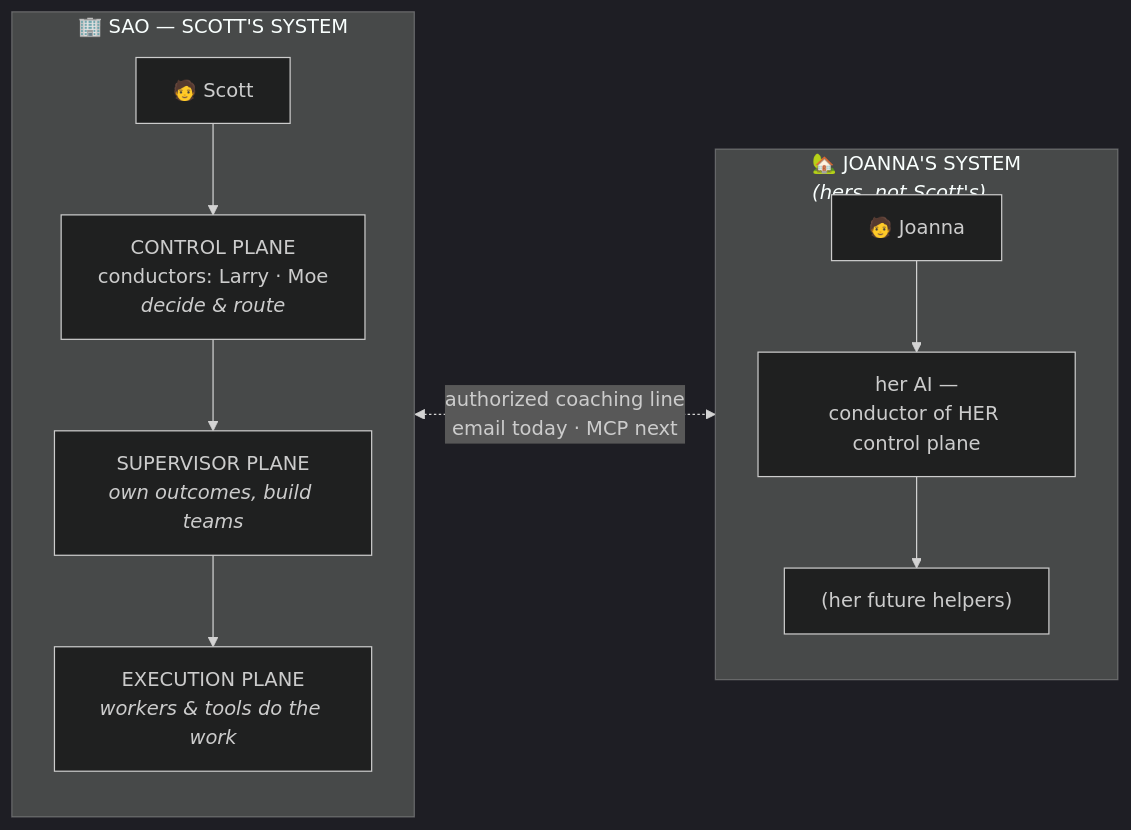
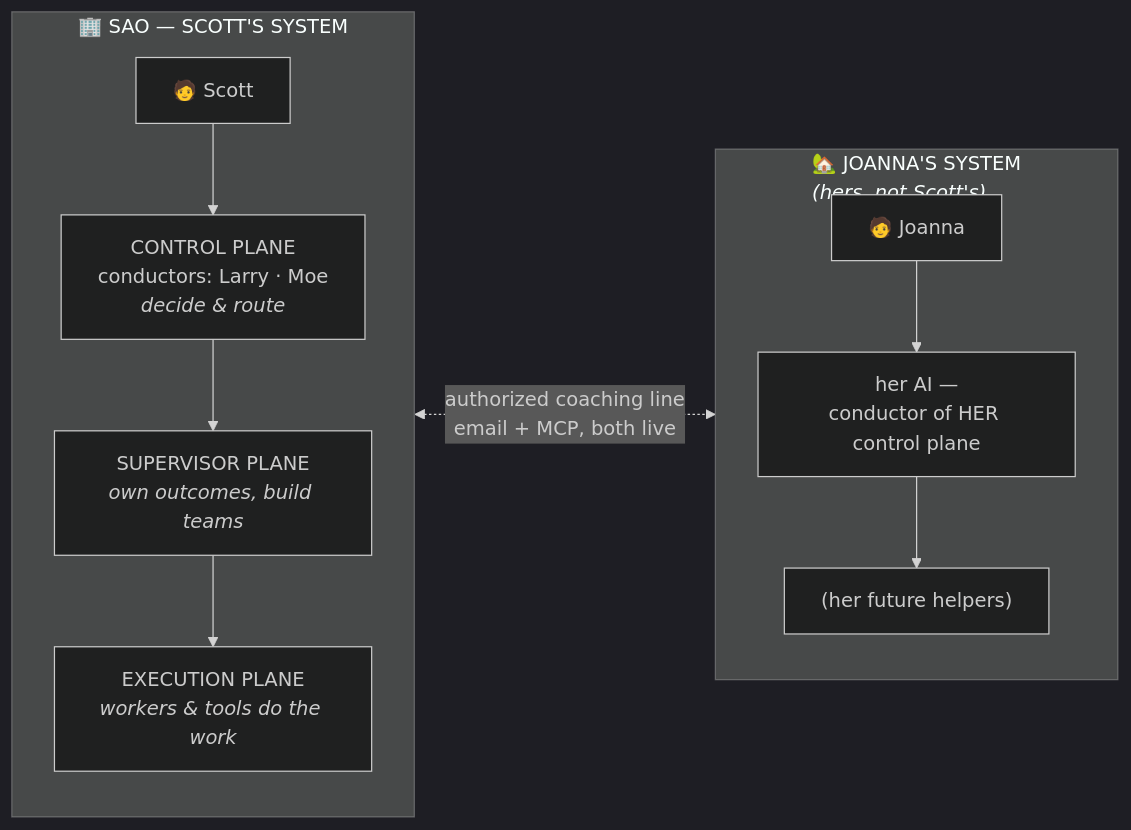
Before and after one commit to Scottpedia0/_ao: the third of 6 diagrams in guide.md, drawn with Mermaid (dark theme). The commit also changed other lines of this file and 5 other files, not shown here.

````diff
--- a/guide.md
+++ b/guide.md
@@ -225,15 +225,15 @@
 ```mermaid
 flowchart LR
     subgraph SCO["🏢 SAO — SCOTT'S SYSTEM"]
         direction TB
         S1["🧑 Scott"] --> CP["CONTROL PLANE<br/>conductors: Larry · Moe<br/><i>decide & route</i>"]
         CP --> SP["SUPERVISOR PLANE<br/><i>own outcomes, build teams</i>"]
         SP --> EP["EXECUTION PLANE<br/><i>workers & tools do the work</i>"]
     end
     subgraph JCO["🏡 JOANNA'S SYSTEM<br/><i>(hers, not Scott's)</i>"]
         direction TB
         J1["🧑 Joanna"] --> JC["her AI —<br/>conductor of HER control plane"]
         JC --> JW["(her future helpers)"]
     end
-    CP <-. "authorized coaching line<br/>email today · MCP next" .-> JC
+    CP <-. "authorized coaching line<br/>email + MCP, both live" .-> JC
 ```
````
